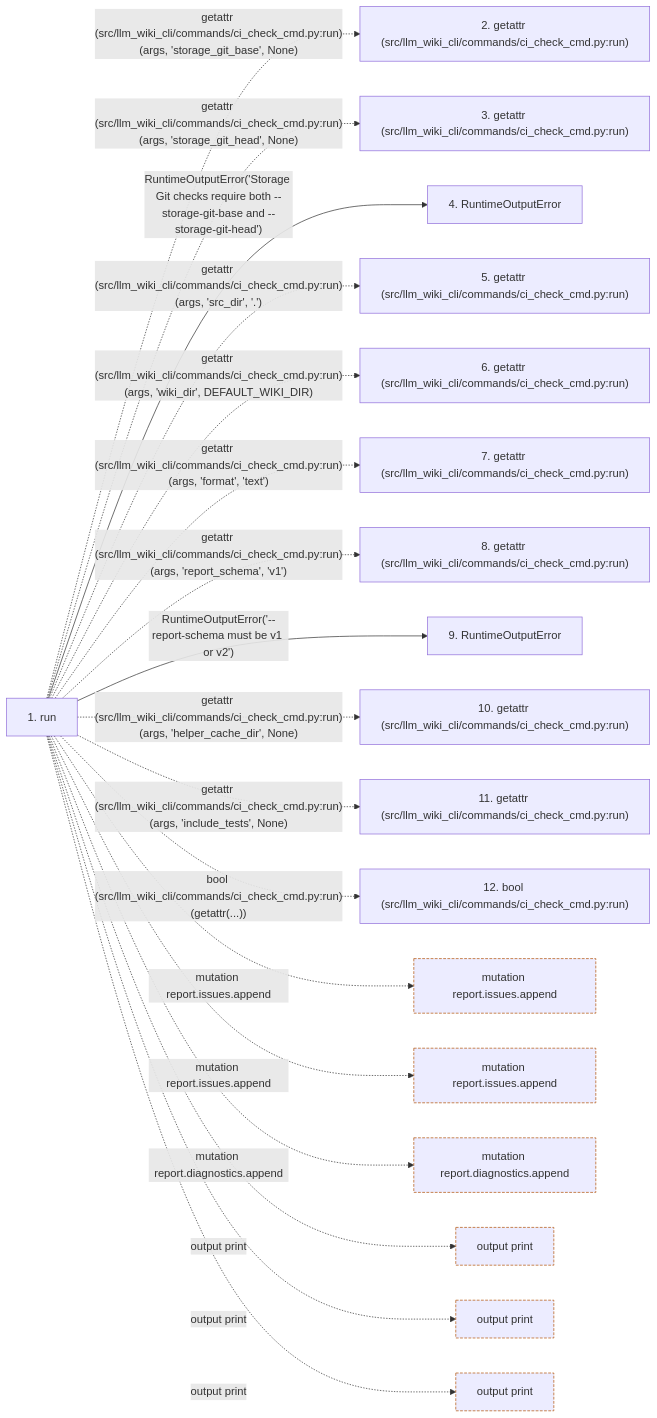
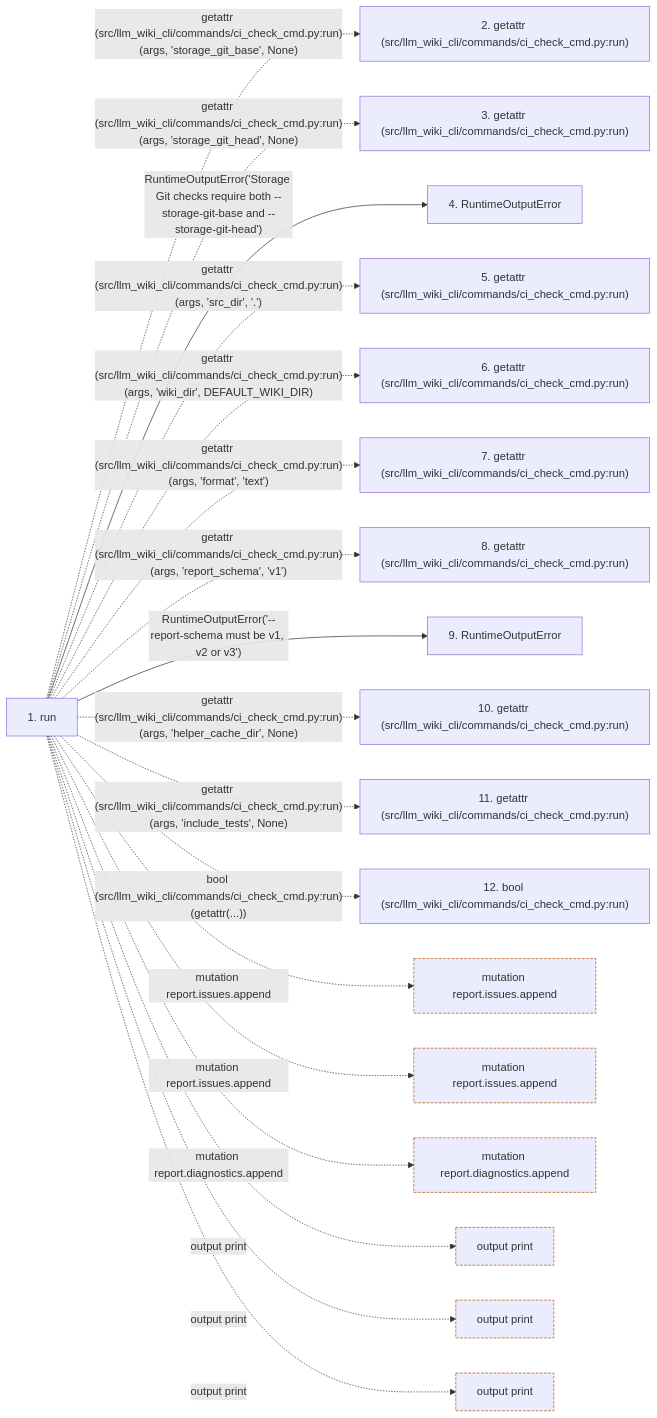
The second of 2 diagrams in docs/llm_wiki/flows/cli-ci-check.md (Denissvgn/python-wiki-llm), drawn with Mermaid before and after one commit. The commit also changed other lines of this file and 463 other files, not shown here.

````diff
--- a/docs/llm_wiki/flows/cli-ci-check.md
+++ b/docs/llm_wiki/flows/cli-ci-check.md
@@ -131,48 +133,48 @@
 ```mermaid
 flowchart LR
     s1["1. run"]
     s2["2. getattr (src/llm_wiki_cli/commands/ci_check_cmd.py:run)"]
     s3["3. getattr (src/llm_wiki_cli/commands/ci_check_cmd.py:run)"]
     s4["4. RuntimeOutputError"]
     s5["5. getattr (src/llm_wiki_cli/commands/ci_check_cmd.py:run)"]
     s6["6. getattr (src/llm_wiki_cli/commands/ci_check_cmd.py:run)"]
     s7["7. getattr (src/llm_wiki_cli/commands/ci_check_cmd.py:run)"]
     s8["8. getattr (src/llm_wiki_cli/commands/ci_check_cmd.py:run)"]
     s9["9. RuntimeOutputError"]
     s10["10. getattr (src/llm_wiki_cli/commands/ci_check_cmd.py:run)"]
     s11["11. getattr (src/llm_wiki_cli/commands/ci_check_cmd.py:run)"]
     s12["12. bool (src/llm_wiki_cli/commands/ci_check_cmd.py:run)"]
     s1 -. "getattr (src/llm_wiki_cli/commands/ci_check_cmd.py:run)(args, 'storage_git_base', None)" .-> s2
     s1 -. "getattr (src/llm_wiki_cli/commands/ci_check_cmd.py:run)(args, 'storage_git_head', None)" .-> s3
     s1 -->|"RuntimeOutputError('Storage Git checks require both --storage-git-base and --storage-git-head')"| s4
     s1 -. "getattr (src/llm_wiki_cli/commands/ci_check_cmd.py:run)(args, 'src_dir', '.')" .-> s5
     s1 -. "getattr (src/llm_wiki_cli/commands/ci_check_cmd.py:run)(args, 'wiki_dir', DEFAULT_WIKI_DIR)" .-> s6
     s1 -. "getattr (src/llm_wiki_cli/commands/ci_check_cmd.py:run)(args, 'format', 'text')" .-> s7
     s1 -. "getattr (src/llm_wiki_cli/commands/ci_check_cmd.py:run)(args, 'report_schema', 'v1')" .-> s8
-    s1 -->|"RuntimeOutputError('--report-schema must be v1 or v2')"| s9
+    s1 -->|"RuntimeOutputError('--report-schema must be v1, v2 or v3')"| s9
     s1 -. "getattr (src/llm_wiki_cli/commands/ci_check_cmd.py:run)(args, 'helper_cache_dir', None)" .-> s10
     s1 -. "getattr (src/llm_wiki_cli/commands/ci_check_cmd.py:run)(args, 'include_tests', None)" .-> s11
     s1 -. "bool (src/llm_wiki_cli/commands/ci_check_cmd.py:run)(getattr(...))" .-> s12
     b0["mutation report.issues.append"]
     s1 -. "mutation report.issues.append" .-> b0
     b1["mutation report.issues.append"]
     s1 -. "mutation report.issues.append" .-> b1
     b2["mutation report.diagnostics.append"]
     s1 -. "mutation report.diagnostics.append" .-> b2
     b3["output print"]
     s1 -. "output print" .-> b3
     b4["output print"]
     s1 -. "output print" .-> b4
     b5["output print"]
     s1 -. "output print" .-> b5
     click s1 "../modules/ci_check_cmd.md"
     click s4 "../modules/runtime_output.md"
     click s9 "../modules/runtime_output.md"
     classDef boundary stroke:#b45309,stroke-dasharray: 4 2
     class b0 boundary
     class b1 boundary
     class b2 boundary
     class b3 boundary
     class b4 boundary
     class b5 boundary
 ```
````
